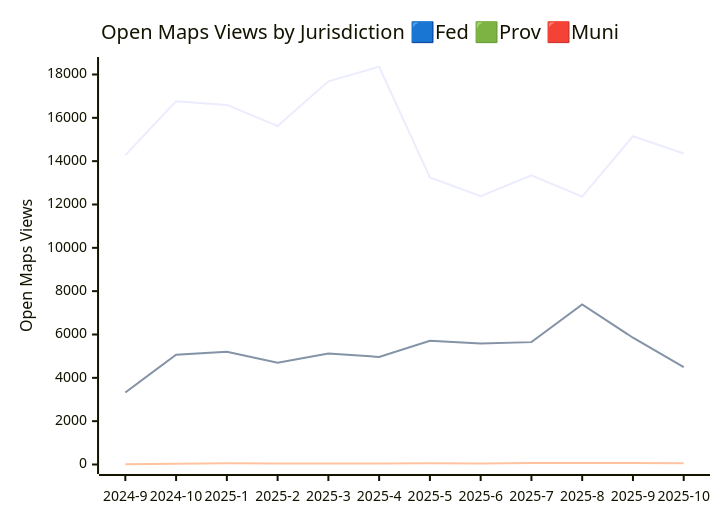
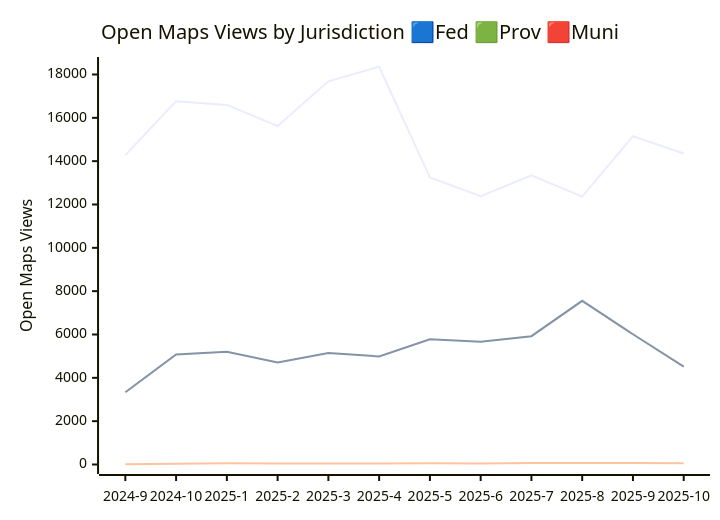
One commit to PatLittle/analytics-corporate-reporting changed the third of 3 diagrams in JURISDICTION_ANALYTICS_REPORT/readme.md. Above: the diagram before and after it, drawn with Mermaid. The commit also changed other lines of this file and 2 other files, not shown here.

````diff
--- a/JURISDICTION_ANALYTICS_REPORT/readme.md
+++ b/JURISDICTION_ANALYTICS_REPORT/readme.md
@@ -42,10 +42,10 @@
 ```mermaid
 
 xychart-beta
     title "Open Maps Views by Jurisdiction 🟦Fed 🟩Prov 🟥Muni"
     x-axis [2024-9, 2024-10, 2025-1, 2025-2, 2025-3, 2025-4, 2025-5, 2025-6, 2025-7, 2025-8, 2025-9, 2025-10]
     y-axis "Open Maps Views" 0 --> 18369
     line [14281, 16769, 16596, 15623, 17687, 18359, 13250, 12379, 13343, 12366, 15153, 14355]
-    line [3325, 5070, 5201, 4695, 5128, 4963, 5707, 5582, 5648, 7388, 5851, 4493]
+    line [3333, 5076, 5206, 4704, 5150, 4987, 5778, 5667, 5922, 7554, 6011, 4513]
     line [14, 36, 52, 45, 47, 42, 52, 51, 71, 72, 68, 55]
 ```
````
